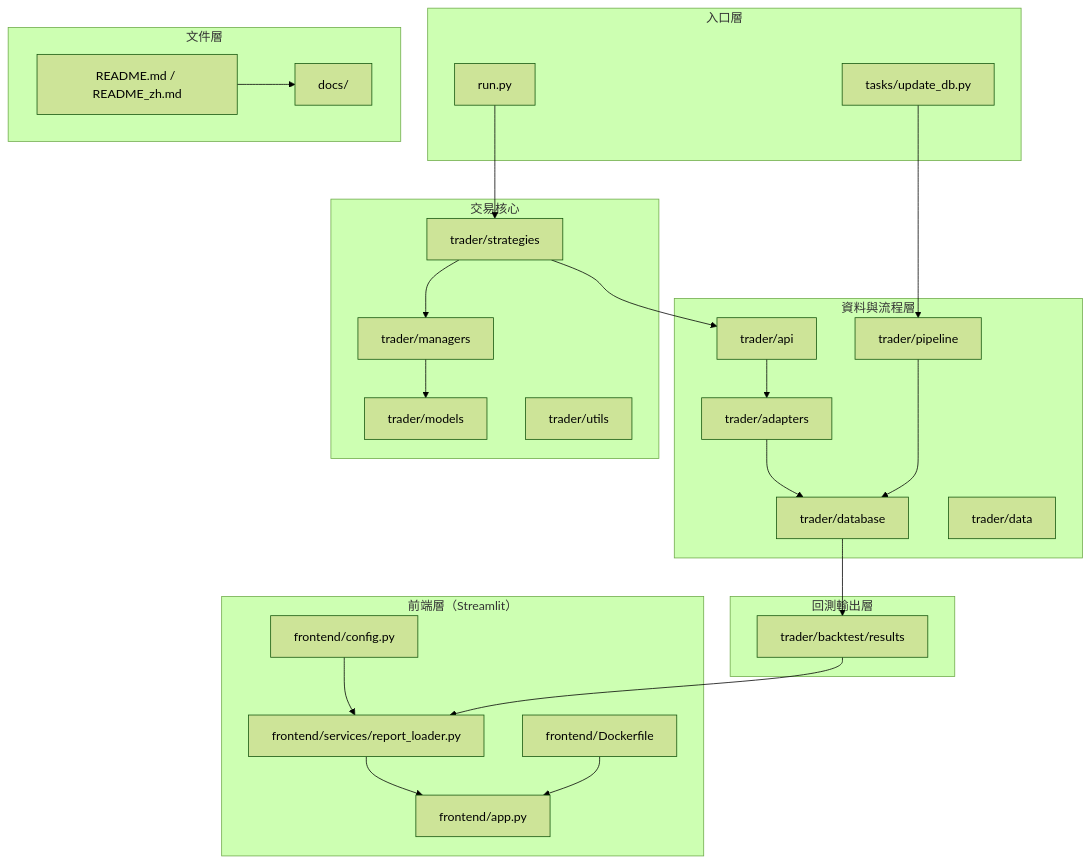
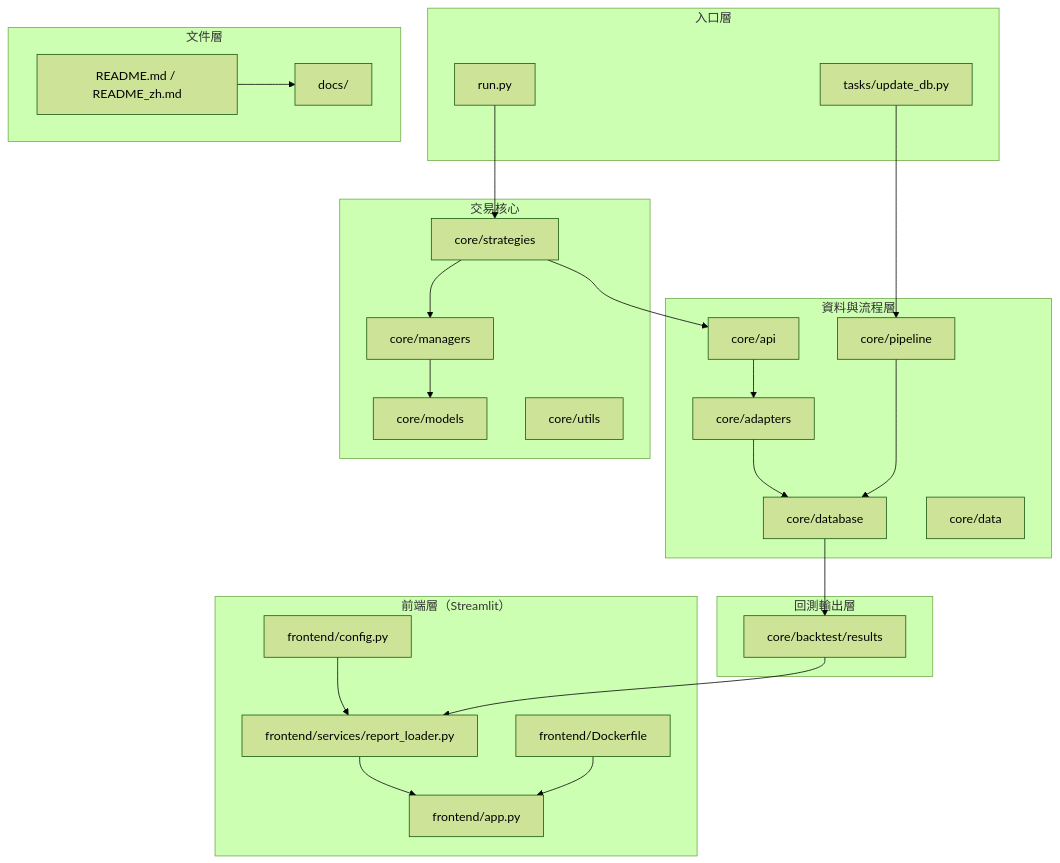
The diagram in README_zh.md (kuo220/AlphaEdge), drawn with Mermaid (forest theme) before and after one commit. The commit also changed other lines of this file and 197 other files, not shown here.

First line of the commit message:
refactor(core): 將 trader 主模組正式更名為 core 並全面同步引用

````diff
--- a/README_zh.md
+++ b/README_zh.md
@@ -9,53 +9,53 @@
 ```mermaid
 graph TB
     subgraph entry ["入口層"]
         RunPy["run.py"]
         Tasks["tasks/update_db.py"]
     end
 
     subgraph trading_core ["交易核心"]
-        Strategies["trader/strategies"]
-        Managers["trader/managers"]
-        Models["trader/models"]
-        Utils["trader/utils"]
+        Strategies["core/strategies"]
+        Managers["core/managers"]
+        Models["core/models"]
+        Utils["core/utils"]
     end
 
     subgraph data_layer ["資料與流程層"]
-        API["trader/api"]
-        Adapters["trader/adapters"]
-        Pipeline["trader/pipeline"]
-        DB["trader/database"]
-        Data["trader/data"]
+        API["core/api"]
+        Adapters["core/adapters"]
+        Pipeline["core/pipeline"]
+        DB["core/database"]
+        Data["core/data"]
     end
 
     subgraph output_layer ["回測輸出層"]
-        Backtest["trader/backtest/results"]
+        Backtest["core/backtest/results"]
     end
 
     subgraph frontend_layer ["前端層（Streamlit）"]
         FrontendApp["frontend/app.py"]
         FrontendService["frontend/services/report_loader.py"]
         FrontendConfig["frontend/config.py"]
         FrontendDocker["frontend/Dockerfile"]
     end
 
     subgraph docs_layer ["文件層"]
         Readme["README.md / README_zh.md"]
         Docs["docs/"]
     end
 
     RunPy --> Strategies
     Tasks --> Pipeline
     Strategies --> Managers
     Managers --> Models
     Strategies --> API
     API --> Adapters
     Adapters --> DB
     Pipeline --> DB
     DB --> Backtest
     Backtest --> FrontendService
     FrontendConfig --> FrontendService
     FrontendService --> FrontendApp
     FrontendDocker --> FrontendApp
     Readme --> Docs
 ```
````
